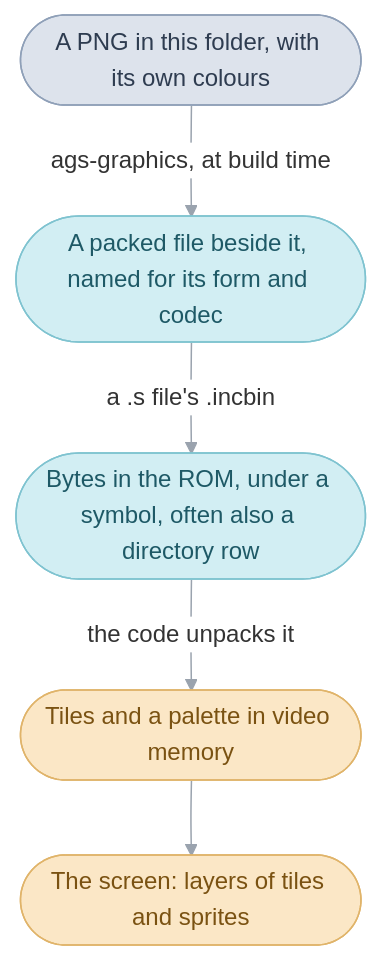
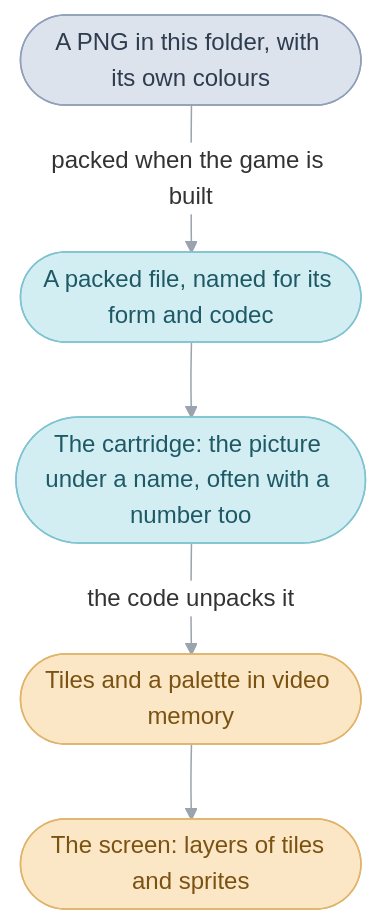
One commit to PascalPixel/alchemy changed the first of 3 diagrams in games/tbs/src/graphics/README.md. Above: the diagram before and after it, drawn with Mermaid. The commit also changed other lines of this file and 21 other files, not shown here.

````diff
--- a/games/tbs/src/graphics/README.md
+++ b/games/tbs/src/graphics/README.md
@@ -28,14 +21,14 @@
 ```mermaid
 %%{init: {"theme": "base", "themeVariables": {"lineColor": "#9AA3AE", "edgeLabelBackground": "#FFFFFF"}, "flowchart": {"curve": "basis", "padding": 12}}}%%
 flowchart TD
-  png(["A PNG in this folder, with its own colours"]) -- "ags-graphics, at build time" --> packed(["A packed file beside it, named for its form and codec"])
-  packed -- "a .s file's .incbin" --> rom(["Bytes in the ROM, under a symbol, often also a directory row"])
+  png(["A PNG in this folder, with its own colours"]) -- "packed when the game is built" --> packed(["A packed file, named for its form and codec"])
+  packed --> rom(["The cartridge: the picture under a name, often with a number too"])
   rom -- "the code unpacks it" --> vram(["Tiles and a palette in video memory"])
   vram --> screen(["The screen: layers of tiles and sprites"])
   classDef source fill:#DDE3EC,stroke:#8FA0B8,color:#2E3C50
   classDef build fill:#D2EEF3,stroke:#7FC3D0,color:#1E5966
   classDef hardware fill:#FBE7C6,stroke:#E0B46A,color:#7A5212
   class png source
   class packed,rom build
   class vram,screen hardware
 ```
````
